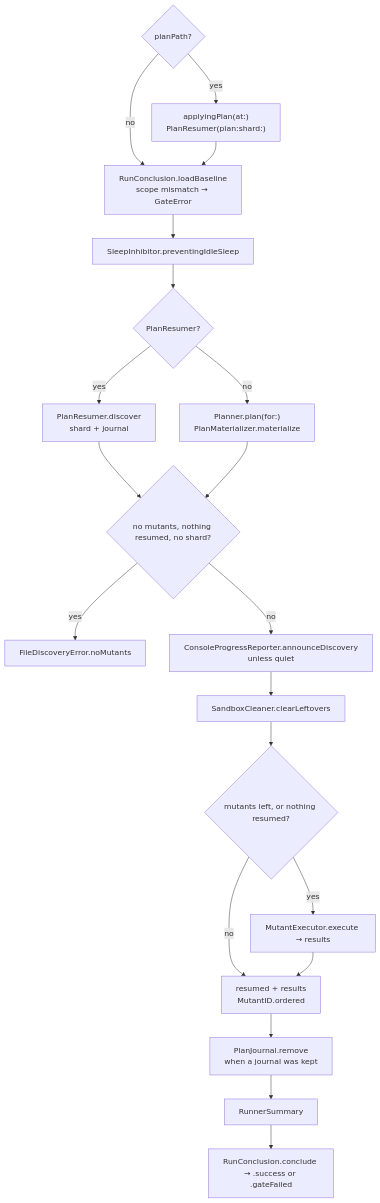
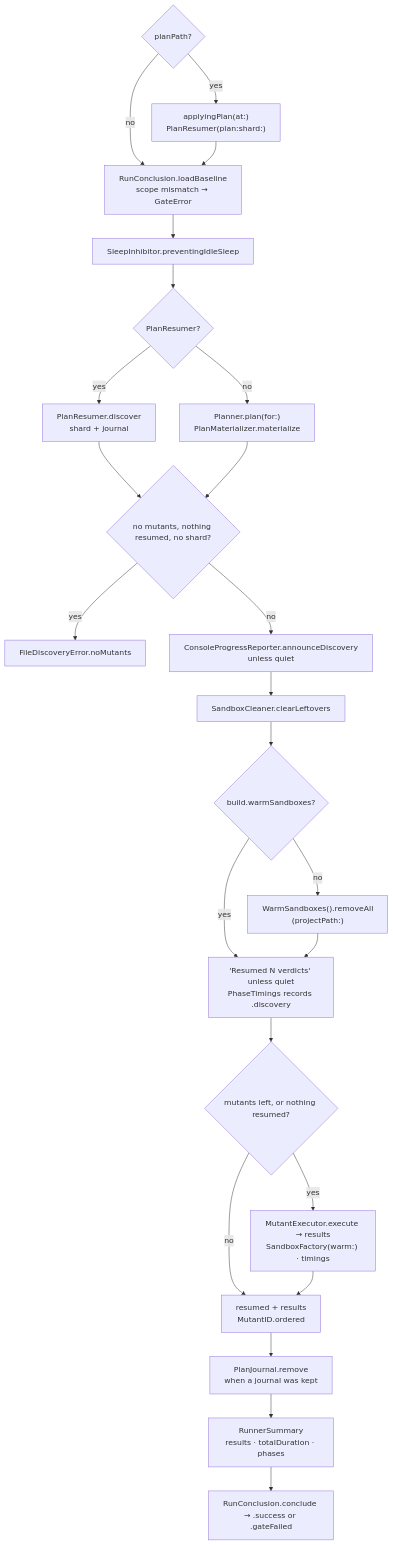
One commit to ericodx/swift-mutation-testing changed the second of 2 diagrams in Docs/CodeBase/01-entry-point.md. Above: the diagram before and after it, drawn with Mermaid. The commit also changed other lines of this file and 11 other files, not shown here.

Commit message:
docs: check the codebase reference against the code: signatures, the type index, the value-flow diagram and the coverage figures

````diff
--- a/Docs/CodeBase/01-entry-point.md
+++ b/Docs/CodeBase/01-entry-point.md
@@ -76,21 +76,25 @@
 ```mermaid
 flowchart TD
     P{planPath?} -- yes --> AP["applyingPlan(at:)\nPlanResumer(plan:shard:)"]
     P -- no --> LB
     AP --> LB["RunConclusion.loadBaseline\nscope mismatch → GateError"]
     LB --> S[SleepInhibitor.preventingIdleSleep]
     S --> D{PlanResumer?}
     D -- yes --> DR["PlanResumer.discover\nshard + journal"]
     D -- no --> DP["Planner.plan(for:)\nPlanMaterializer.materialize"]
     DR & DP --> Z{"no mutants, nothing resumed, no shard?"}
     Z -- yes --> ERR[FileDiscoveryError.noMutants]
     Z -- no --> AN["ConsoleProgressReporter.announceDiscovery\nunless quiet"]
     AN --> CL[SandboxCleaner.clearLeftovers]
-    CL --> R{"mutants left, or nothing resumed?"}
-    R -- yes --> G["MutantExecutor.execute → results"]
+    CL --> W{"build.warmSandboxes?"}
+    W -- no --> WR["WarmSandboxes().removeAll\n(projectPath:)"]
+    W -- yes --> RS
+    WR --> RS["'Resumed N verdicts' unless quiet\nPhaseTimings records .discovery"]
+    RS --> R{"mutants left, or nothing resumed?"}
+    R -- yes --> G["MutantExecutor.execute → results\nSandboxFactory(warm:) · timings"]
     R -- no --> O
     G --> O["resumed + results\nMutantID.ordered"]
     O --> J["PlanJournal.remove\nwhen a journal was kept"]
-    J --> H[RunnerSummary]
+    J --> H["RunnerSummary\nresults · totalDuration · phases"]
     H --> C["RunConclusion.conclude → .success or .gateFailed"]
 ```
````
